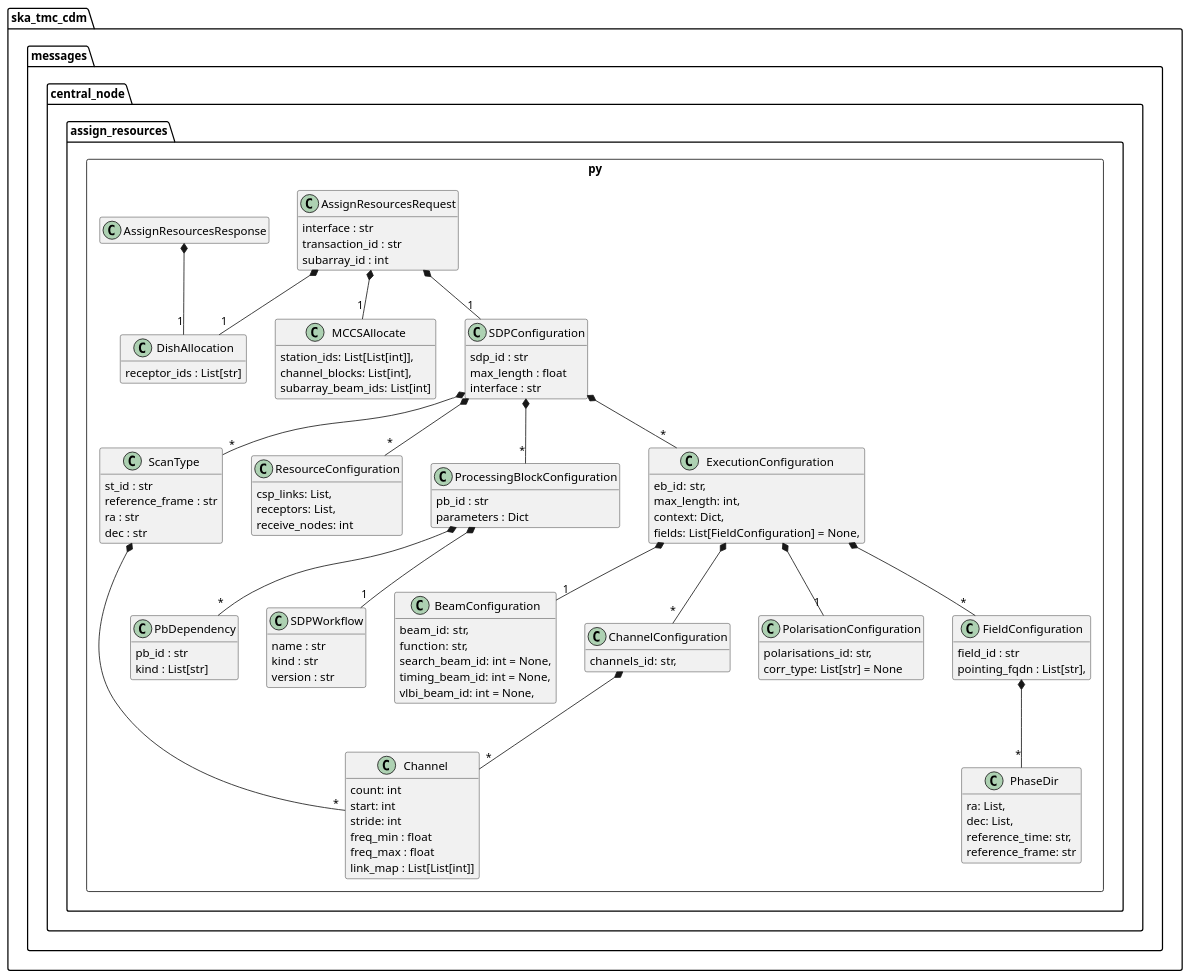
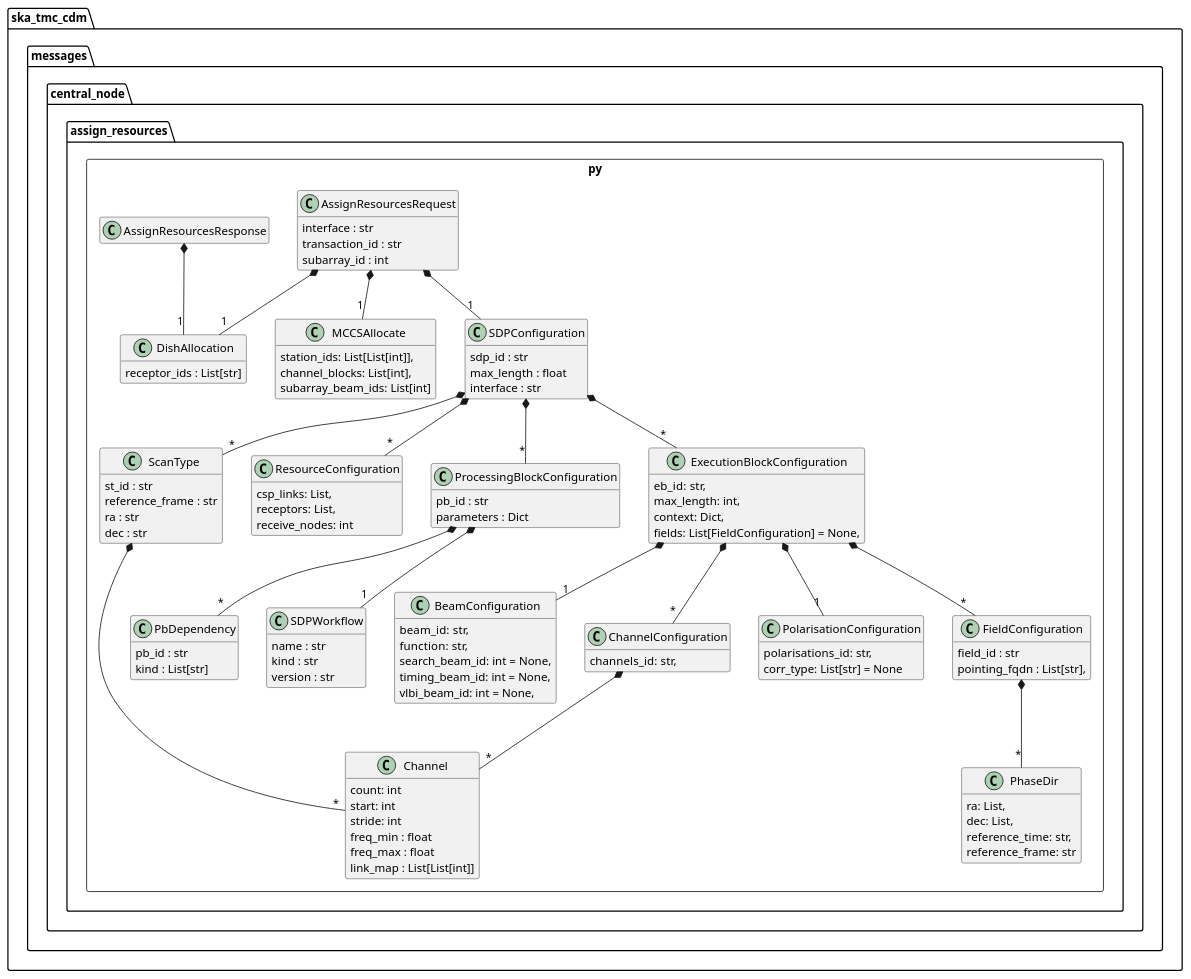
One commit to ska-telescope/cdm-shared-library changed the diagram in docs/src/developer/centralnode/assignresources.puml. Above: the diagram before and after it, drawn with PlantUML. The commit also changed 6 other files, not shown here.

```diff
--- a/docs/src/developer/centralnode/assignresources.puml
+++ b/docs/src/developer/centralnode/assignresources.puml
@@ -1,120 +1,120 @@
 @startuml
 hide empty members
 
 package ska_tmc_cdm.messages.central_node {
     package assign_resources.py <<Rectangle>> {
         class DishAllocation {
             receptor_ids : List[str]
         }
 
         class MCCSAllocate {
             station_ids: List[List[int]],
             channel_blocks: List[int],
             subarray_beam_ids: List[int]
         }
 
         class Channel {
             count: int
             start: int
             stride: int
             freq_min : float
             freq_max : float
             link_map : List[List[int]]
         }
 
         class ScanType {
             st_id : str
             reference_frame : str
             ra : str
             dec : str
         }
         ScanType *-- "*" Channel
 
         class PbDependency {
             pb_id : str
             kind : List[str]
         }
          class ResourceConfiguration {
             csp_links: List, 
             receptors: List,
             receive_nodes: int
         }
         class PhaseDir {
             ra: List,
             dec: List, 
             reference_time: str, 
             reference_frame: str
         }
         class BeamConfiguration {
             beam_id: str,
             function: str,
             search_beam_id: int = None,
             timing_beam_id: int = None,
             vlbi_beam_id: int = None,
         }
         class ChannelConfiguration {
             channels_id: str, 
         }
         ChannelConfiguration  *-- "*" Channel
         class PolarisationConfiguration {
             polarisations_id: str,
             corr_type: List[str] = None  
         }
 
         class FieldConfiguration {
             field_id : str
             pointing_fqdn : List[str],
         }
 
         FieldConfiguration  *-- "*" PhaseDir
 
         class SDPWorkflow {
             name : str
             kind : str
             version : str
         }
 
         class ProcessingBlockConfiguration {
             pb_id : str
             parameters : Dict
         }
         ProcessingBlockConfiguration  *-- "1" SDPWorkflow
         ProcessingBlockConfiguration  *-- "*" PbDependency
 
-        class ExecutionConfiguration {
+        class ExecutionBlockConfiguration {
             eb_id: str,
             max_length: int,
             context: Dict,
             fields: List[FieldConfiguration] = None,
         }
-        ExecutionConfiguration  *-- "1" BeamConfiguration
-        ExecutionConfiguration  *-- "*" ChannelConfiguration
-        ExecutionConfiguration  *-- "1" PolarisationConfiguration
-        ExecutionConfiguration  *-- "*" FieldConfiguration
+        ExecutionBlockConfiguration  *-- "1" BeamConfiguration
+        ExecutionBlockConfiguration  *-- "*" ChannelConfiguration
+        ExecutionBlockConfiguration  *-- "1" PolarisationConfiguration
+        ExecutionBlockConfiguration  *-- "*" FieldConfiguration
 
         class SDPConfiguration {
             sdp_id : str
             max_length : float
             interface : str
         }
         SDPConfiguration *-- "*" ScanType
         SDPConfiguration *-- "*" ProcessingBlockConfiguration
-        SDPConfiguration *-- "*" ExecutionConfiguration
+        SDPConfiguration *-- "*" ExecutionBlockConfiguration
         SDPConfiguration *-- "*" ResourceConfiguration
 
         class AssignResourcesRequest {
             interface : str
             transaction_id : str
             subarray_id : int
         }
 
         AssignResourcesRequest *-- "1" DishAllocation
         AssignResourcesRequest *-- "1" MCCSAllocate
         AssignResourcesRequest *-- "1" SDPConfiguration
 
         class AssignResourcesResponse
         AssignResourcesResponse *-- "1" DishAllocation
 	}
 }
 
 @enduml
```
